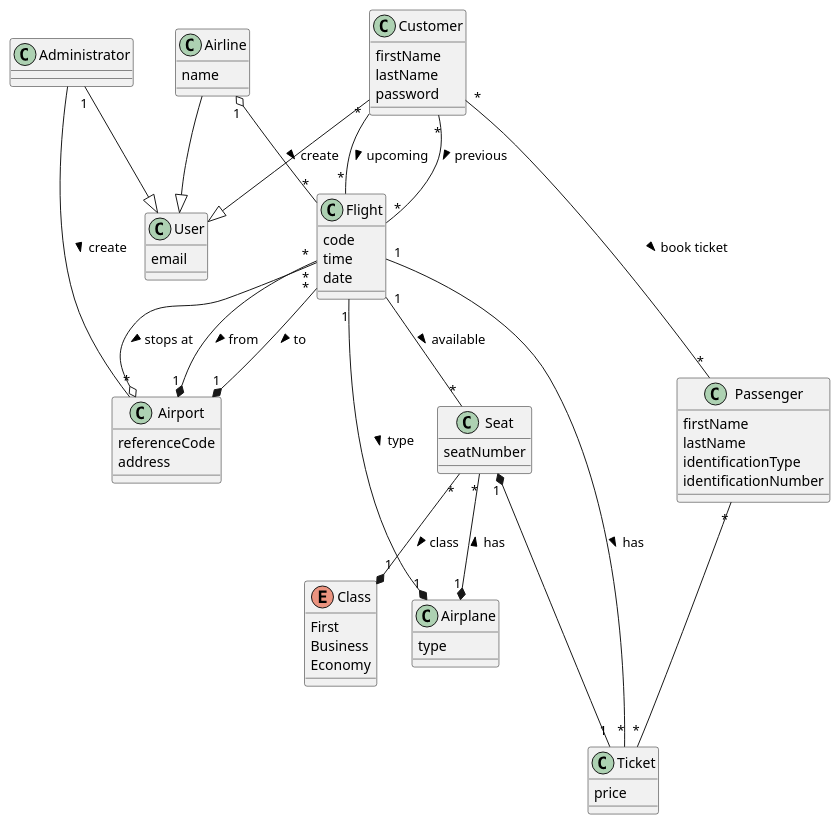
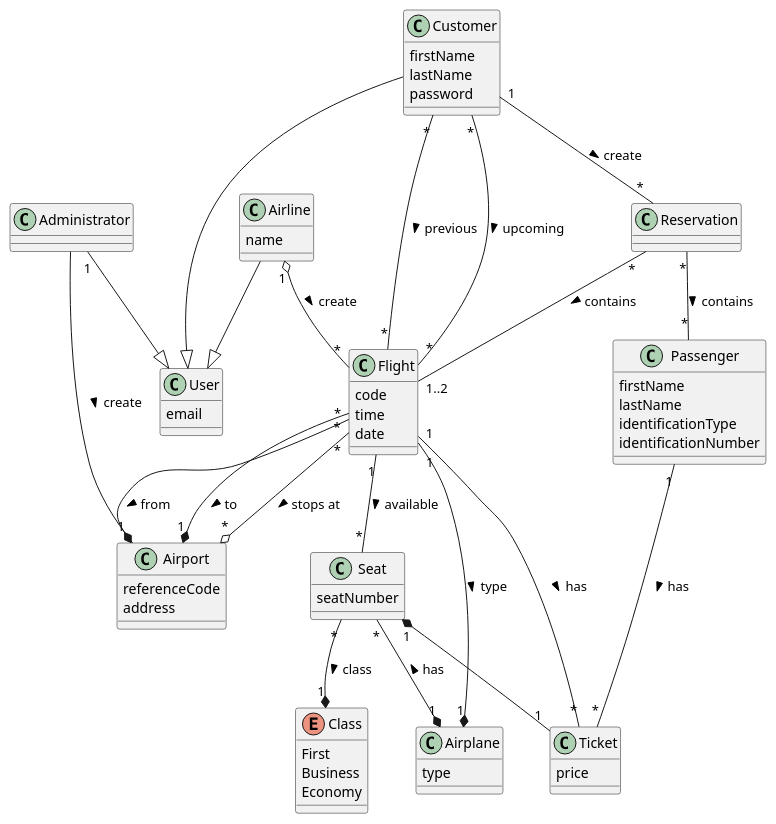
One commit to SWEN900072021/four-aces changed the diagram in docs/UML/Domain Model.puml. Above: the diagram before and after it, drawn with PlantUML.

Commit message:
update domain model

```diff
--- a/docs/UML/Domain Model.puml
+++ b/docs/UML/Domain Model.puml
@@ -1,84 +1,93 @@
 @startuml
 'https://plantuml.com/class-diagram
 
 class User{
 email
 }
 
 class Administrator{
 }
 
 class Airline{
 name
 }
 
 class Customer{
 firstName
 lastName
 password
 }
 
 class Passenger{
 firstName
 lastName
 identificationType
 identificationNumber
 }
 
 Administrator "1" --|> User
 Customer --|> User
 Airline --|> User
 
 class Airport{
 referenceCode
 address
 }
 
 class Flight{
 code
 time
 date
 }
 
 class Airplane{
 type
 }
 
 class Seat{
 seatNumber
 }
 
 class Ticket{
 price
 }
 
+class Reservation {
+
+}
+
 
 enum Class{
 First
 Business
 Economy
 }
 
+Reservation "*" -- "1..2" Flight : contains >
+Customer "1" -- "*" Reservation : create >
+Reservation "*" -- "*" Passenger : contains >
+
 Airline "1" o-- "*" Flight : create >
 
 Seat "1" *-- "1" Ticket
 Flight "1" --* "1" Airplane : type >
 Flight "1" -- "*" Ticket : has >
-Customer "*" --- "*" Passenger : book ticket >
 
-Passenger "*" --- "*" Ticket
+Passenger "1" --- "*" Ticket : has >
 
 Flight "*" --* "1" Airport : from >
 Flight "*" --* "1" Airport : to >
 Flight "*" --o "*" Airport : stops at >
 Flight "1" -- "*" Seat : available >
 
 Administrator -- Airport : create >
 
 Customer "*" -- "*" Flight : previous >
 Customer "*" -- "*" Flight : upcoming >
 
 Seat "*" --* "1" Class : class >
 Seat "*" --* "1" Airplane : has <
 
+
+
 @enduml
```
